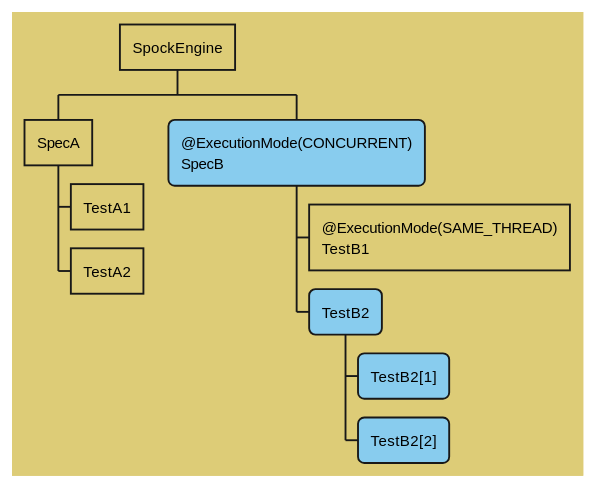
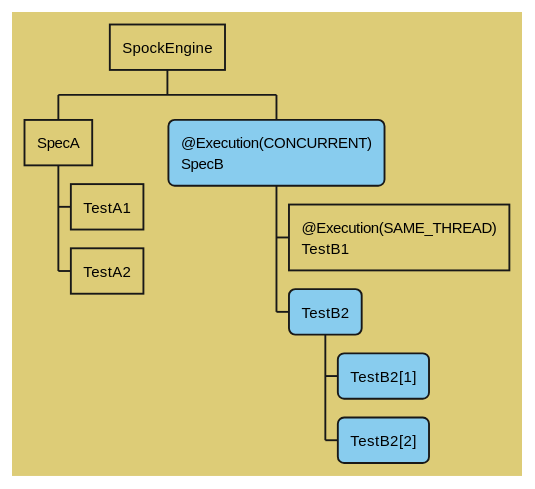
Before and after one commit to spockframework/spock: the eighth of 15 diagrams in docs/parallel_execution.adoc, drawn with PlantUML. The commit also changed other lines of this file and 1 other file, not shown here.

```diff
--- a/docs/parallel_execution.adoc
+++ b/docs/parallel_execution.adoc
@@ -360,28 +360,28 @@
 [plantuml,images/execution-hierarchy-inheritance-spec-feature-execution,svg]
 ....
 @startwbs
 <style>
 wbsDiagram {
   BackgroundColor #DDCC77
   .concurrent * {
       BackgroundColor #88CCEE
       RoundCorner 10
   }
   .samethread * {
       BackgroundColor #DDCC77
       RoundCorner 0
   }
 }
 </style>
 skinparam shadowing false
 * SpockEngine
 ** SpecA
 *** TestA1
 *** TestA2
-** @ExecutionMode(CONCURRENT)\nSpecB  <<concurrent>>
-*** @ExecutionMode(SAME_THREAD)\nTestB1 <<samethread>>
+** @Execution(CONCURRENT)\nSpecB  <<concurrent>>
+*** @Execution(SAME_THREAD)\nTestB1 <<samethread>>
 *** TestB2
 **** TestB2[1]
 **** TestB2[2]
 @endwbs
 ....
```
